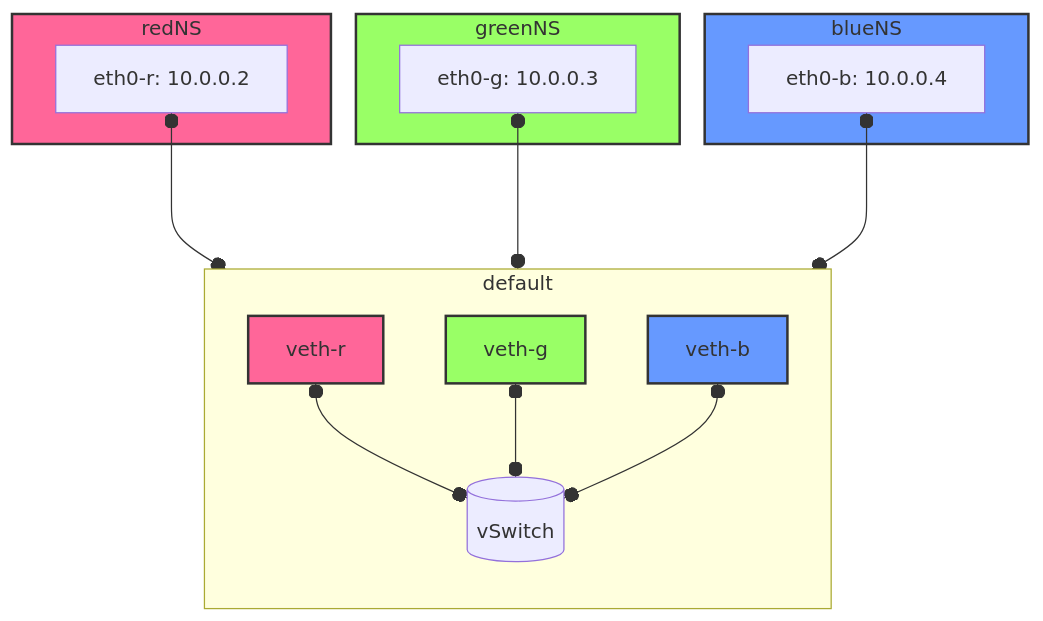
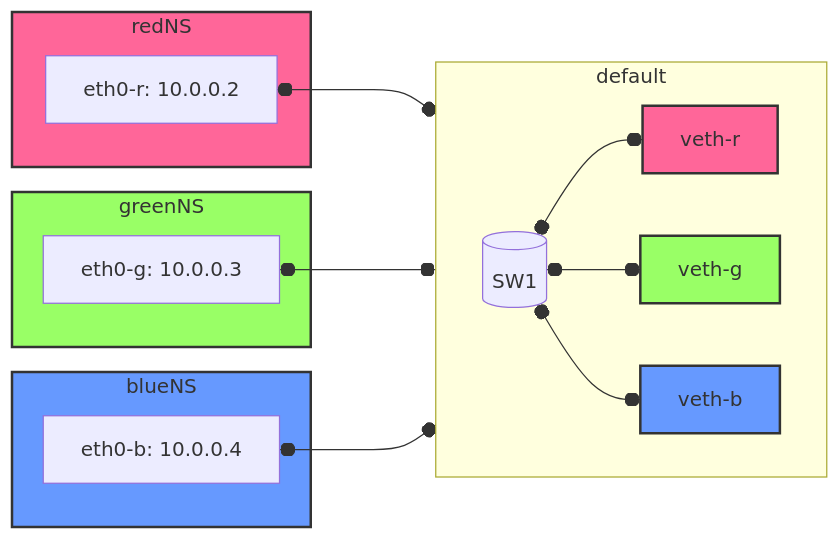
The diagram in NetworkNamespace.DE.org (SebastianMeisel/Ostseepinguin), drawn with Mermaid before and after one commit. The commit also changed other lines of this file and 8 other files, not shown here.

```diff
--- a/NetworkNamespace.DE.org
+++ b/NetworkNamespace.DE.org
@@ -158,28 +172,28 @@
 #+BEGIN_SRC mermaid :file img/ovs-net.png
-graph TD;
+graph LR;
    subgraph "default"
-     direction BT
-     SW[(vSwitch)]  o--o veth-r & veth-g & veth-b
+     direction RL
+     veth-r & veth-g & veth-b o--o SW[(SW1)]
    end
 
    subgraph redNS
      red[eth0-r: 10.0.0.2] o---o veth-r
    end
 
 
    subgraph greenNS
      green[eth0-g: 10.0.0.3] o---o veth-g
    end
 
    subgraph blueNS
      blue[eth0-b: 10.0.0.4] o---o veth-b
    end
 
 
   classDef green fill:#9f6,stroke:#333,stroke-width:2px;
   class greenNS,veth-g green
   classDef red fill:#f69,stroke:#333,stroke-width:2px;
   class redNS,veth-r red
   classDef blue fill:#69f,stroke:#333,stroke-width:2px;
   class blueNS,veth-b blue
- #+END_SRC
+#+END_SRC
```
